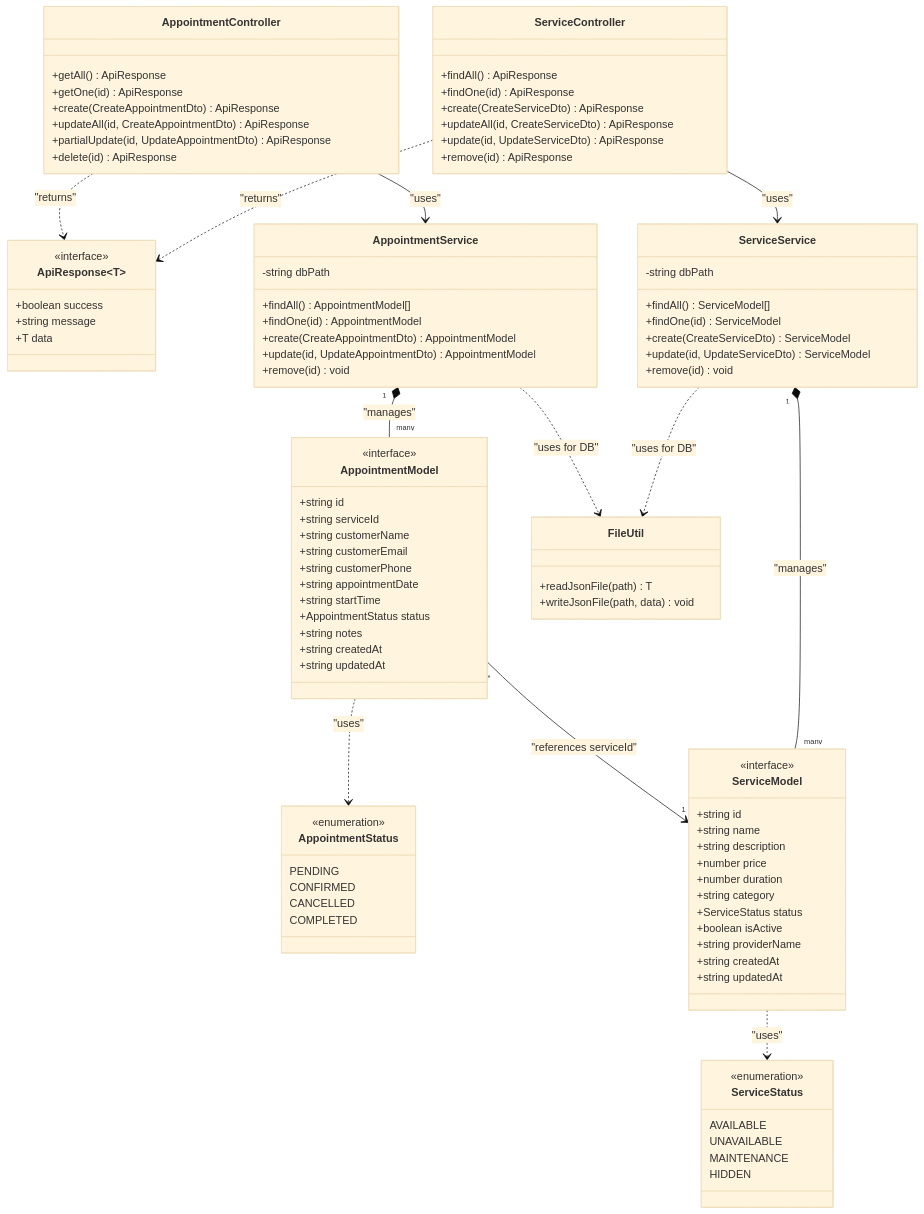
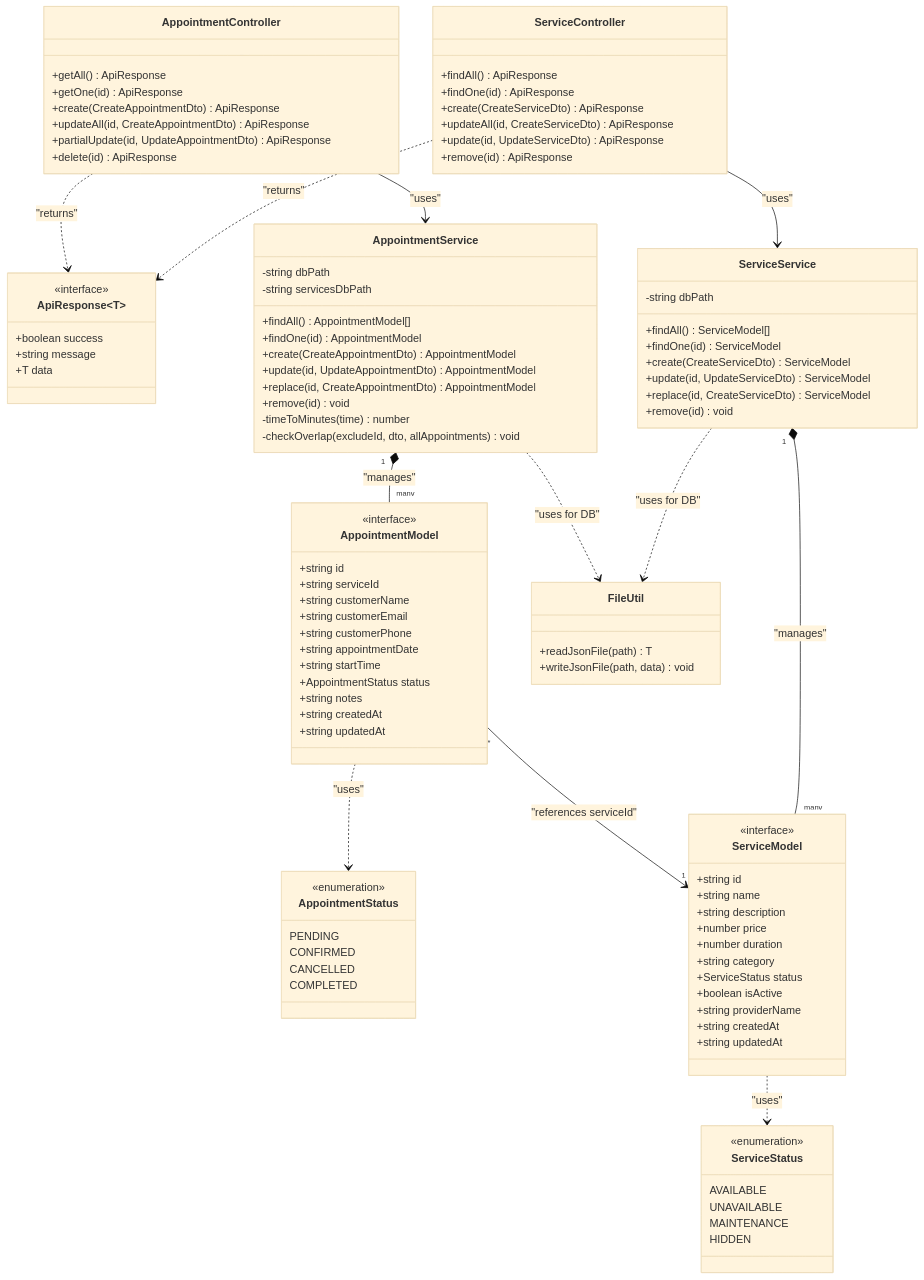
Before and after one commit to srnTone/oop-typescript-final-project-2026: the diagram in docs/UML_Diagram.md, drawn with Mermaid (base theme). The commit also changed 8 other files, not shown here.

```diff
--- a/docs/UML_Diagram.md
+++ b/docs/UML_Diagram.md
@@ -79,16 +79,21 @@
         +findOne(id) ServiceModel
         +create(CreateServiceDto) ServiceModel
         +update(id, UpdateServiceDto) ServiceModel
+        +replace(id, CreateServiceDto) ServiceModel
         +remove(id) void
     }
 
     class AppointmentService {
         -string dbPath
+        -string servicesDbPath
         +findAll() AppointmentModel[]
         +findOne(id) AppointmentModel
         +create(CreateAppointmentDto) AppointmentModel
         +update(id, UpdateAppointmentDto) AppointmentModel
+        +replace(id, CreateAppointmentDto) AppointmentModel
         +remove(id) void
+        -timeToMinutes(time) number
+        -checkOverlap(excludeId, dto, allAppointments) void
     }
 
     class FileUtil {
```
